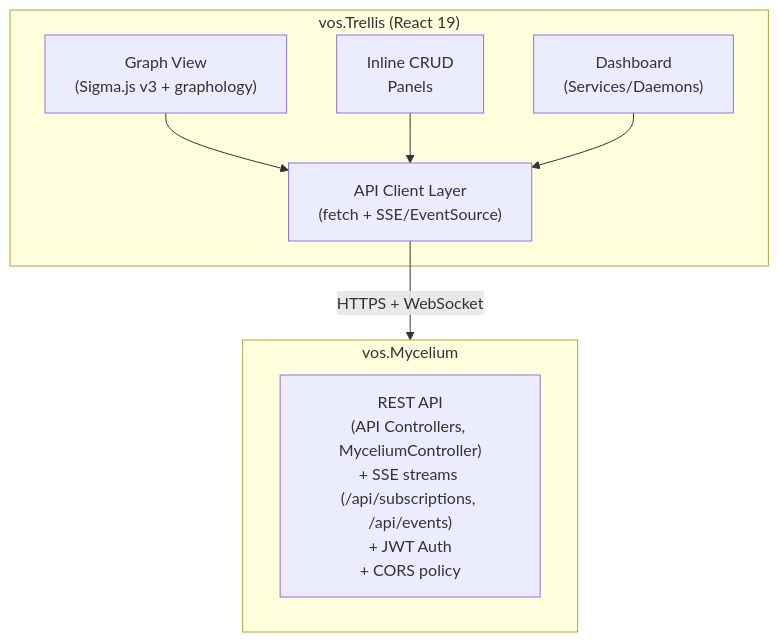
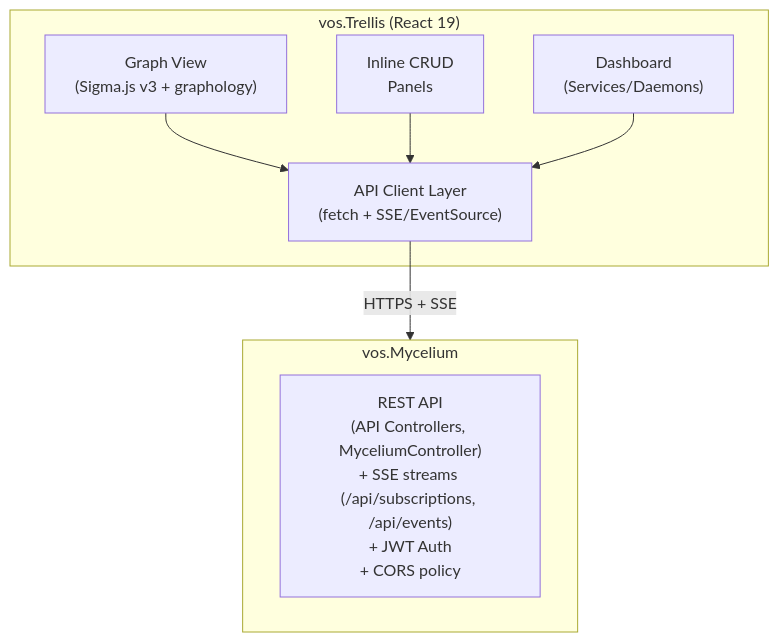
Before and after one commit to ReGen-Villages/VillageOS-API: the diagram in docs/TRELLIS.md, drawn with Mermaid. The commit also changed other lines of this file and 6 other files, not shown here.

````diff
--- a/docs/TRELLIS.md
+++ b/docs/TRELLIS.md
@@ -587,15 +587,15 @@
 ```mermaid
 graph TB
     subgraph GUI["vos.Trellis (React 19)"]
         Graph["Graph View<br/>(Sigma.js v3 + graphology)"]
         Commands["Inline CRUD<br/>Panels"]
         Dashboard["Dashboard<br/>(Services/Daemons)"]
         Graph & Commands & Dashboard --> APIClient["API Client Layer<br/>(fetch + SSE/EventSource)"]
     end
 
-    APIClient -->|"HTTPS + WebSocket"| Mycelium
+    APIClient -->|"HTTPS + SSE"| Mycelium
 
     subgraph Mycelium["vos.Mycelium"]
         API["REST API<br/>(API Controllers, MyceliumController)<br/>+ SSE streams (/api/subscriptions, /api/events)<br/>+ JWT Auth<br/>+ CORS policy"]
     end
 ```
````
